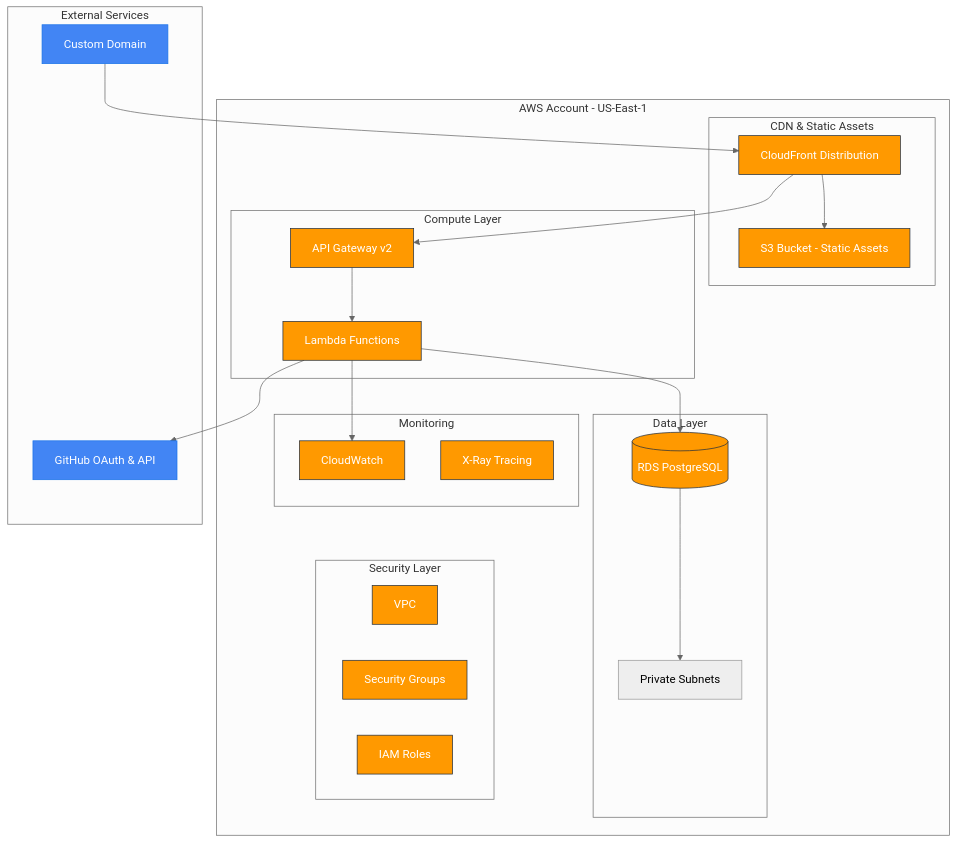
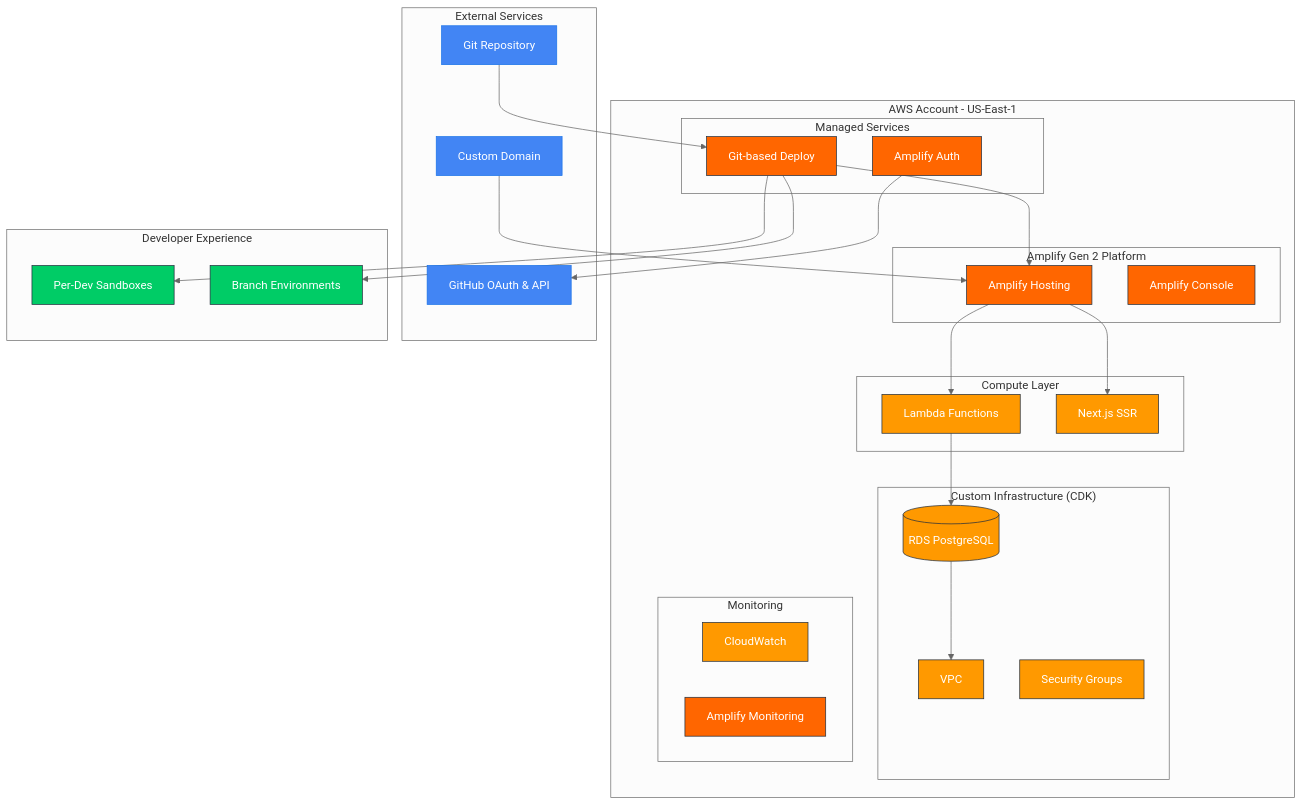
Before and after one commit to aviram-shubeili/code-flow: the diagram in docs/architecture/deployment-strategy.md, drawn with Mermaid (neutral theme). The commit also changed other lines of this file and 8 other files, not shown here.

Commit message:
Refactor architecture documentation to adopt a features-first development approach; update repository structure and hosting strategy; enhance user stories for project foundation, authentication, and PR data retrieval; accelerate core features to early sprints for improved development efficiency.

````diff
--- a/docs/architecture/deployment-strategy.md
+++ b/docs/architecture/deployment-strategy.md
@@ -9,50 +9,62 @@
 ```mermaid
 graph TB
     subgraph "AWS Account - US-East-1"
-        subgraph "CDN & Static Assets"
-            CF[CloudFront Distribution]
-            S3[S3 Bucket - Static Assets]
+        subgraph "Amplify Gen 2 Platform"
+            AMPLIFY[Amplify Hosting]
+            CONSOLE[Amplify Console]
         end
         
         subgraph "Compute Layer"
             LAMBDA[Lambda Functions]
-            APIGW[API Gateway v2]
+            NEXTJS[Next.js SSR]
         end
         
-        subgraph "Data Layer"  
+        subgraph "Custom Infrastructure (CDK)"
             RDS[(RDS PostgreSQL)]
-            RDSSUBNET[Private Subnets]
+            VPC[VPC]
+            SECGROUP[Security Groups]
         end
         
-        subgraph "Security Layer"
-            VPC[VPC]
-            SECGROUP[Security Groups]
-            IAM[IAM Roles]
+        subgraph "Managed Services"
+            AUTH[Amplify Auth]
+            DEPLOY[Git-based Deploy]
         end
         
         subgraph "Monitoring"
             CW[CloudWatch]
-            XRAY[X-Ray Tracing]
+            CONSOLE_MON[Amplify Monitoring]
         end
     end
     
     subgraph "External Services"
         GITHUB[GitHub OAuth & API]
         DOMAIN[Custom Domain]
+        REPO[Git Repository]
     end
     
-    DOMAIN --> CF
-    CF --> S3
-    CF --> APIGW
-    APIGW --> LAMBDA
+    subgraph "Developer Experience"
+        SANDBOX[Per-Dev Sandboxes]
+        BRANCH[Branch Environments]
+    end
+    
+    REPO --> DEPLOY
+    DEPLOY --> AMPLIFY
+    AMPLIFY --> NEXTJS
+    AMPLIFY --> LAMBDA
     LAMBDA --> RDS
-    RDS --> RDSSUBNET
-    LAMBDA --> GITHUB
-    LAMBDA --> CW
+    RDS --> VPC
+    AUTH --> GITHUB
+    DOMAIN --> AMPLIFY
+    DEPLOY --> SANDBOX
+    DEPLOY --> BRANCH
     
+    classDef amplify fill:#ff6600,stroke:#232f3e,color:#fff
     classDef aws fill:#ff9900,stroke:#232f3e,color:#fff
     classDef external fill:#4285f4,stroke:#1a73e8,color:#fff
+    classDef dev fill:#00cc66,stroke:#232f3e,color:#fff
     
-    class CF,S3,LAMBDA,APIGW,RDS,VPC,SECGROUP,IAM,CW,XRAY aws
-    class GITHUB,DOMAIN external
+    class AMPLIFY,AUTH,DEPLOY,CONSOLE,CONSOLE_MON amplify
+    class LAMBDA,NEXTJS,RDS,VPC,SECGROUP,CW aws
+    class GITHUB,DOMAIN,REPO external
+    class SANDBOX,BRANCH dev
 ```
````
